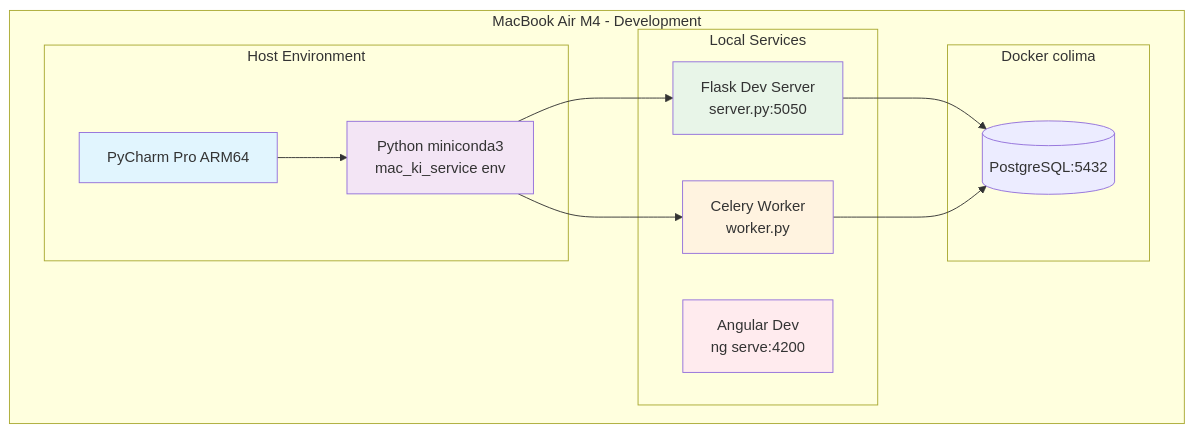
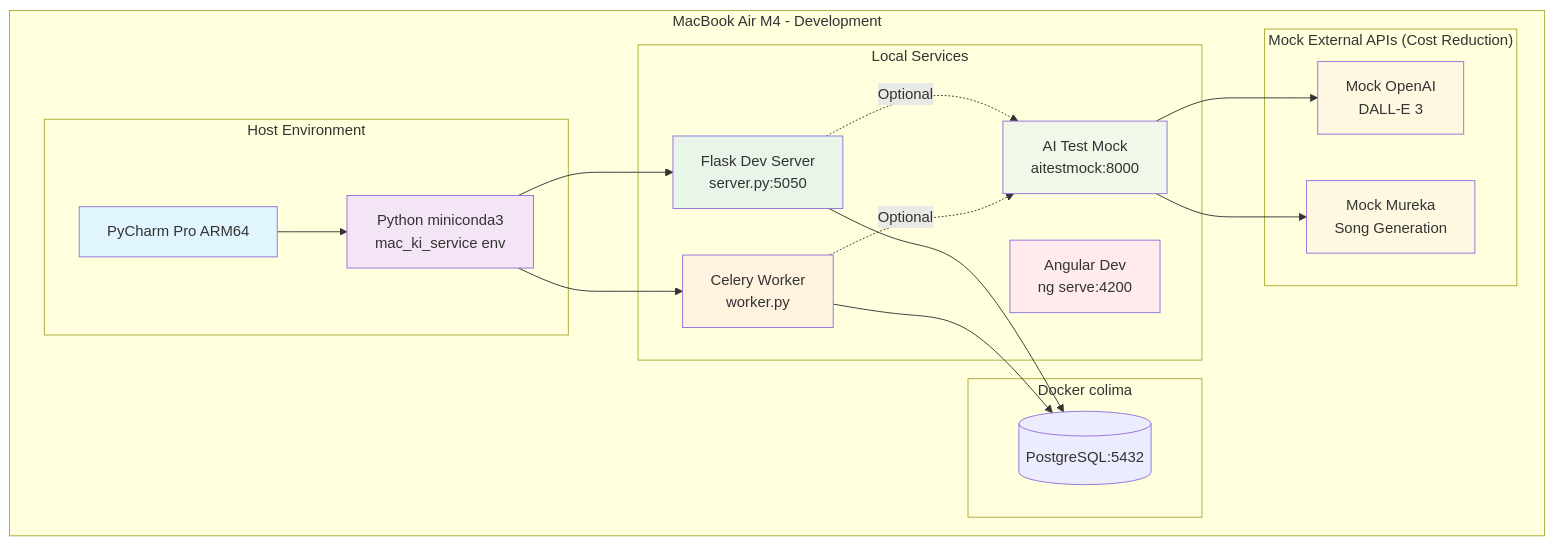
One commit to rwellinger/thwelly_ai_tools changed the sixth of 11 diagrams in ARC42_Architecture_Documentation.md. Above: the diagram before and after it, drawn with Mermaid. The commit also changed other lines of this file, not shown here.

Commit message:
test mock

````diff
--- a/ARC42_Architecture_Documentation.md
+++ b/ARC42_Architecture_Documentation.md
@@ -506,31 +612,45 @@
 ```mermaid
 graph TB
     subgraph "MacBook Air M4 - Development"
         subgraph "Host Environment"
             PYCHARM[PyCharm Pro ARM64]
             PYTHON[Python miniconda3<br/>mac_ki_service env]
         end
-        
+
         subgraph "Docker colima"
             DEV_PG[(PostgreSQL:5432)]
         end
-        
+
         subgraph "Local Services"
             FLASK[Flask Dev Server<br/>server.py:5050]
             CELERY_DEV[Celery Worker<br/>worker.py]
             ANGULAR[Angular Dev<br/>ng serve:4200]
+            MOCK[AI Test Mock<br/>aitestmock:8000]
+        end
+
+        subgraph "Mock External APIs (Cost Reduction)"
+            MOCK_OPENAI[Mock OpenAI<br/>DALL-E 3]
+            MOCK_MUREKA[Mock Mureka<br/>Song Generation]
         end
     end
-    
+
     PYCHARM --> PYTHON
     PYTHON --> FLASK
     PYTHON --> CELERY_DEV
     FLASK --> DEV_PG
     CELERY_DEV --> DEV_PG
-    
+
+    FLASK -.->|Optional| MOCK
+    CELERY_DEV -.->|Optional| MOCK
+    MOCK --> MOCK_OPENAI
+    MOCK --> MOCK_MUREKA
+
     style PYCHARM fill:#e1f5fe
     style PYTHON fill:#f3e5f5
     style FLASK fill:#e8f5e8
     style CELERY_DEV fill:#fff3e0
     style ANGULAR fill:#ffebee
+    style MOCK fill:#f1f8e9
+    style MOCK_OPENAI fill:#fff8e1
+    style MOCK_MUREKA fill:#fff8e1
 ```
````
